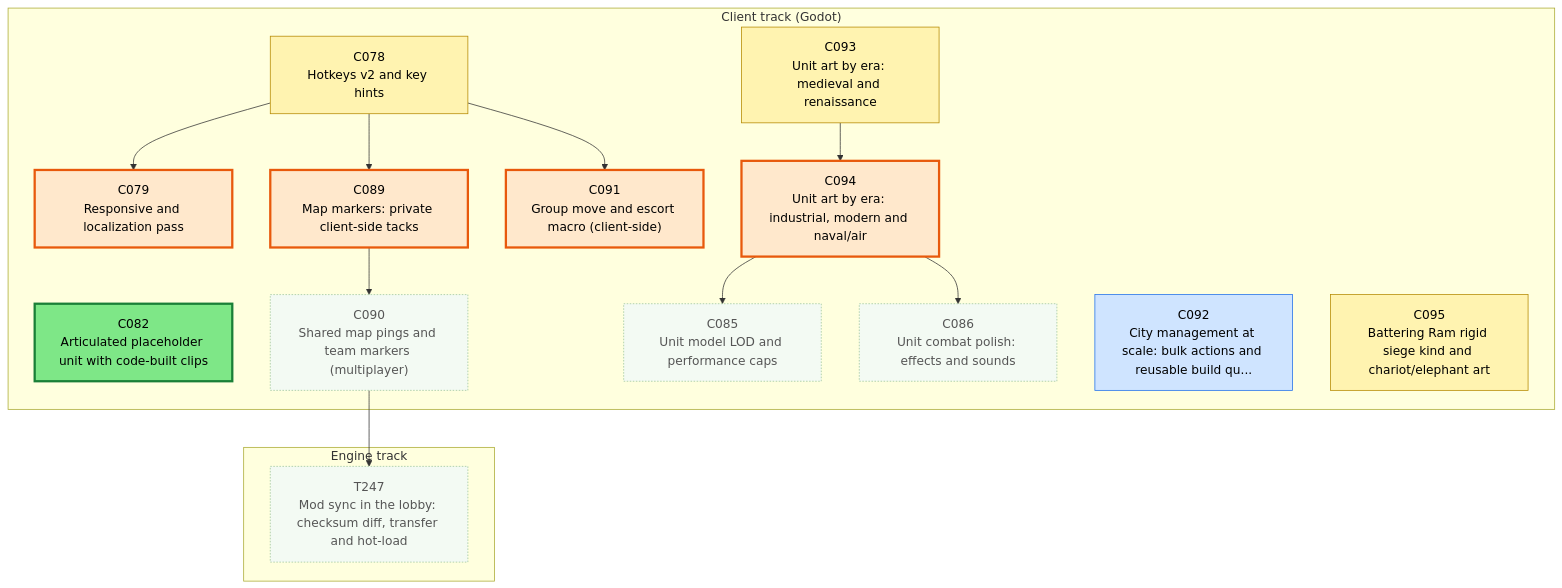
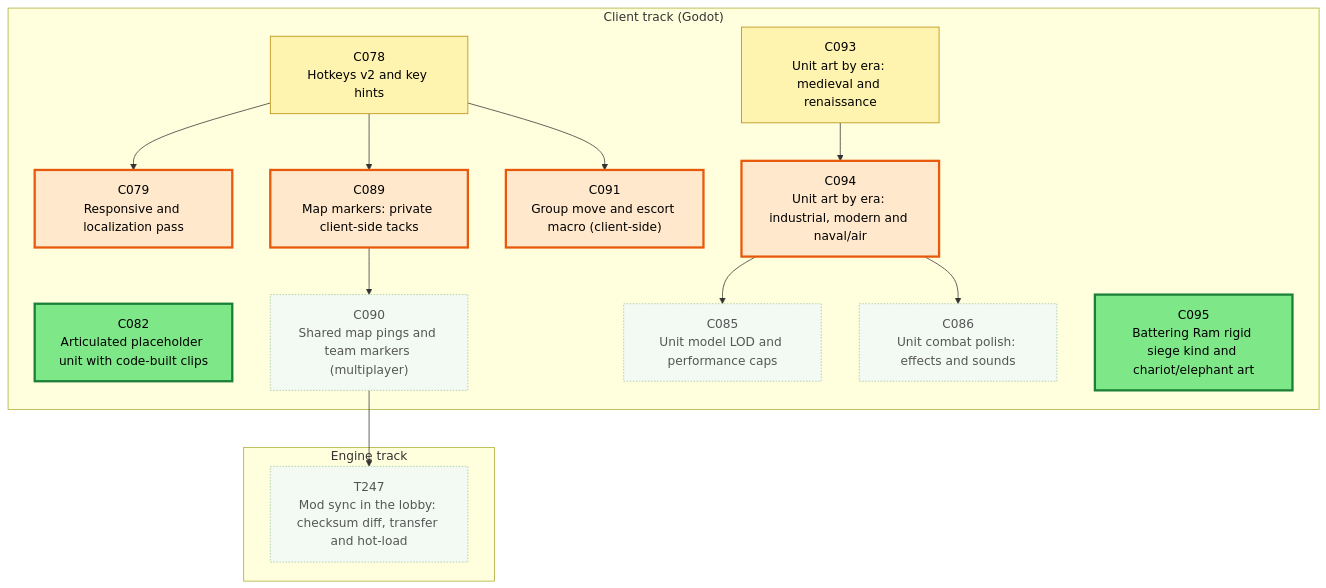
Before and after one commit to Kenmura/Unciv: the first of 3 diagrams in csharp/migration/DEPENDENCY_MAP.md, drawn with Mermaid. The commit also changed other lines of this file and 1 other file, not shown here.

Commit message:
C092: review notes

````diff
--- a/csharp/migration/DEPENDENCY_MAP.md
+++ b/csharp/migration/DEPENDENCY_MAP.md
@@ -25,48 +25,46 @@
 ```mermaid
 flowchart TD
   subgraph TTRACK["Engine track"]
     T247["T247<br/>Mod sync in the lobby: checksum diff, transfer and hot-load"]
   end
   subgraph CTRACK["Client track (Godot)"]
     C078["C078<br/>Hotkeys v2 and key hints"]
     C079["C079<br/>Responsive and localization pass"]
     C082["C082<br/>Articulated placeholder unit with code-built clips"]
     C085["C085<br/>Unit model LOD and performance caps"]
     C086["C086<br/>Unit combat polish: effects and sounds"]
     C089["C089<br/>Map markers: private client-side tacks"]
     C090["C090<br/>Shared map pings and team markers (multiplayer)"]
     C091["C091<br/>Group move and escort macro (client-side)"]
-    C092["C092<br/>City management at scale: bulk actions and reusable build qu..."]
     C093["C093<br/>Unit art by era: medieval and renaissance"]
     C094["C094<br/>Unit art by era: industrial, modern and naval/air"]
     C095["C095<br/>Battering Ram rigid siege kind and chariot/elephant art"]
   end
   C090 --> T247
   C078 --> C079
   C094 --> C085
   C094 --> C086
   C078 --> C089
   C089 --> C090
   C078 --> C091
   C093 --> C094
   classDef waiting fill:#f3faf3,stroke:#9bc49b,color:#555,stroke-dasharray:2 2
   classDef ondeck fill:#ffe8cc,stroke:#e8590c,stroke-width:3px,color:#000
   classDef ready fill:#7ee787,stroke:#1a7f37,stroke-width:3px,color:#000
   classDef prog fill:#fff3b0,stroke:#b58900,color:#000
   classDef review fill:#cfe4ff,stroke:#1f6feb,color:#000
   classDef blocked fill:#ffd6d6,stroke:#c62828,color:#000
   classDef done fill:#eeeeee,stroke:#999999,color:#666,stroke-dasharray:4 3
   class C078 prog
   class C079 ondeck
   class C082 ready
   class C085 waiting
   class C086 waiting
   class C089 ondeck
   class C090 waiting
   class C091 ondeck
-  class C092 review
   class C093 prog
   class C094 ondeck
-  class C095 prog
+  class C095 ready
   class T247 waiting
 ```
````
